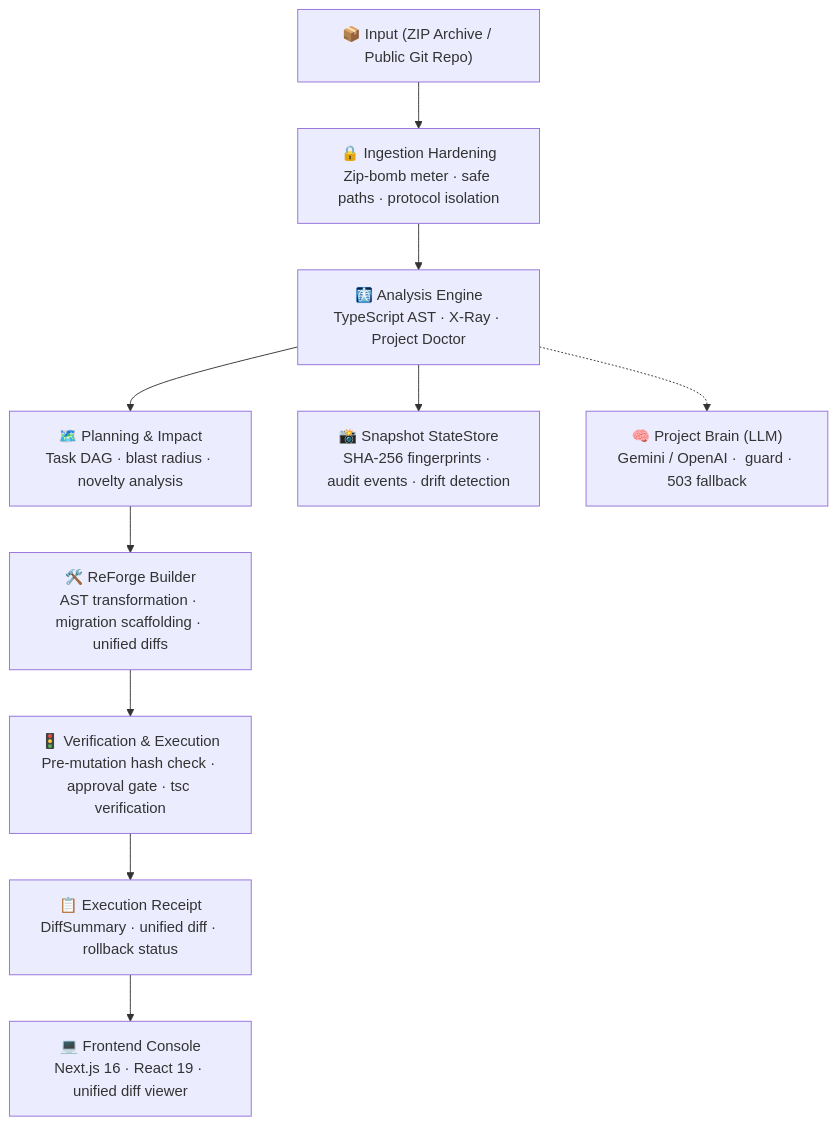
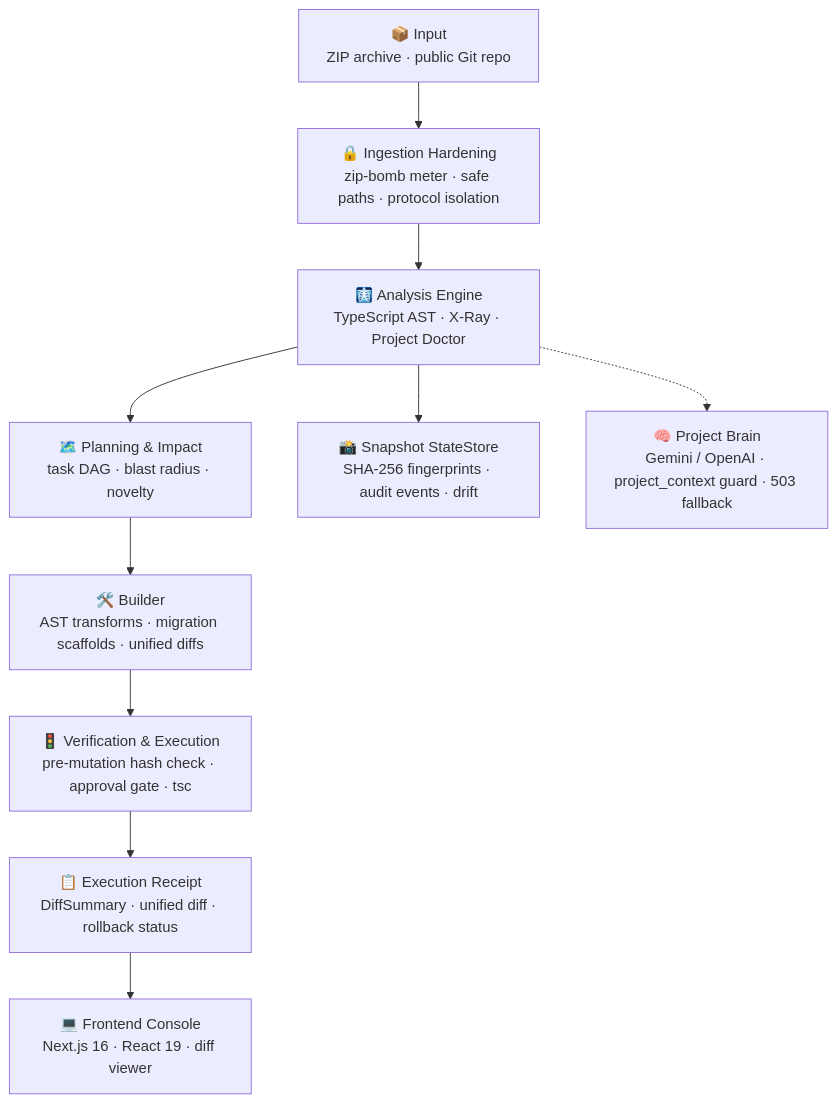
Before and after one commit to Crusty-chirayu/ReForge: the diagram in README.md, drawn with Mermaid. The commit also changed other lines of this file, not shown here.

````diff
--- a/README.md
+++ b/README.md
@@ -73,12 +73,12 @@
 ```mermaid
 flowchart TD
-    A["📦 Input (ZIP Archive / Public Git Repo)"] --> B["🔒 Ingestion Hardening<br/>Zip-bomb meter · safe paths · protocol isolation"]
+    A["📦 Input<br/>ZIP archive · public Git repo"] --> B["🔒 Ingestion Hardening<br/>zip-bomb meter · safe paths · protocol isolation"]
     B --> C["🩻 Analysis Engine<br/>TypeScript AST · X-Ray · Project Doctor"]
-    C --> D["🗺️ Planning & Impact<br/>Task DAG · blast radius · novelty analysis"]
-    C --> E["📸 Snapshot StateStore<br/>SHA-256 fingerprints · audit events · drift detection"]
-    D --> F["🛠️ ReForge Builder<br/>AST transformation · migration scaffolding · unified diffs"]
-    F --> G["🚦 Verification & Execution<br/>Pre-mutation hash check · approval gate · tsc verification"]
+    C --> D["🗺️ Planning & Impact<br/>task DAG · blast radius · novelty"]
+    C --> E["📸 Snapshot StateStore<br/>SHA-256 fingerprints · audit events · drift"]
+    D --> F["🛠️ Builder<br/>AST transforms · migration scaffolds · unified diffs"]
+    F --> G["🚦 Verification & Execution<br/>pre-mutation hash check · approval gate · tsc"]
     G --> H["📋 Execution Receipt<br/>DiffSummary · unified diff · rollback status"]
-    C -.-> I["🧠 Project Brain (LLM)<br/>Gemini / OpenAI · <project_context> guard · 503 fallback"]
-    H --> J["💻 Frontend Console<br/>Next.js 16 · React 19 · unified diff viewer"]
+    C -.-> I["🧠 Project Brain<br/>Gemini / OpenAI · project_context guard · 503 fallback"]
+    H --> J["💻 Frontend Console<br/>Next.js 16 · React 19 · diff viewer"]
 ```
````
